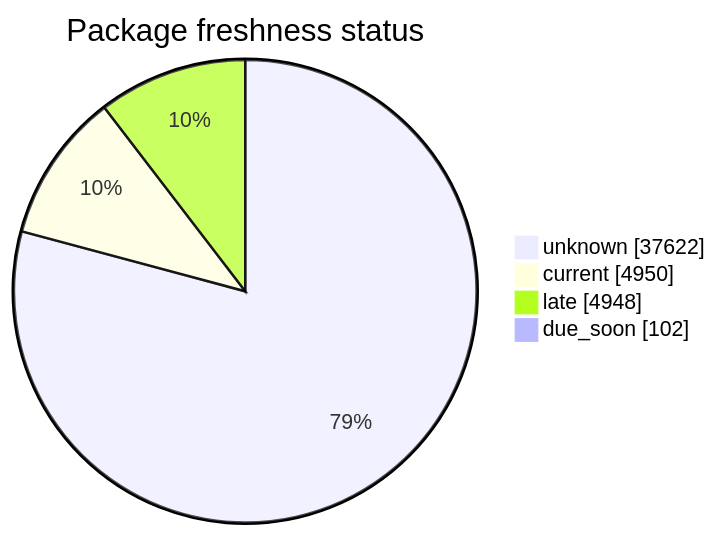
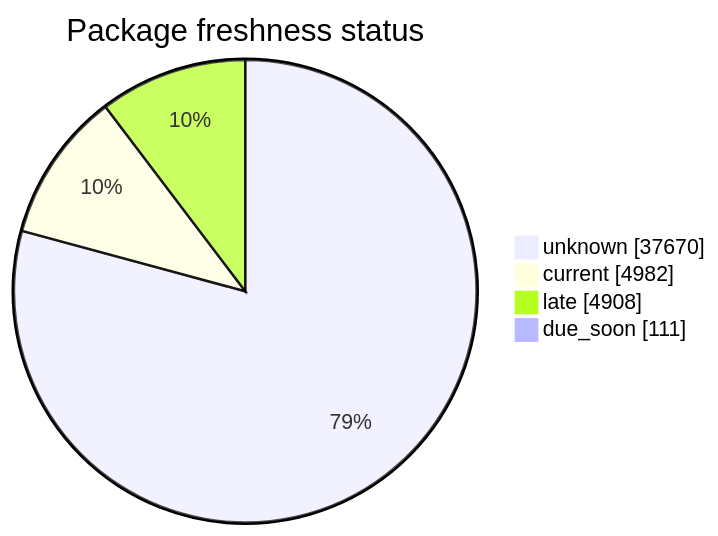
The second of 5 diagrams in FreshCheck/README.md (open-data/analytics-corporate-reporting), drawn with Mermaid before and after one commit. The commit also changed other lines of this file and 3 other files, not shown here.

````diff
--- a/FreshCheck/README.md
+++ b/FreshCheck/README.md
@@ -68,7 +68,7 @@
 ```mermaid
 pie showData title Package freshness status
-    "unknown": 37622
-    "current": 4950
-    "late": 4948
-    "due_soon": 102
+    "unknown": 37670
+    "current": 4982
+    "late": 4908
+    "due_soon": 111
 ```
````
